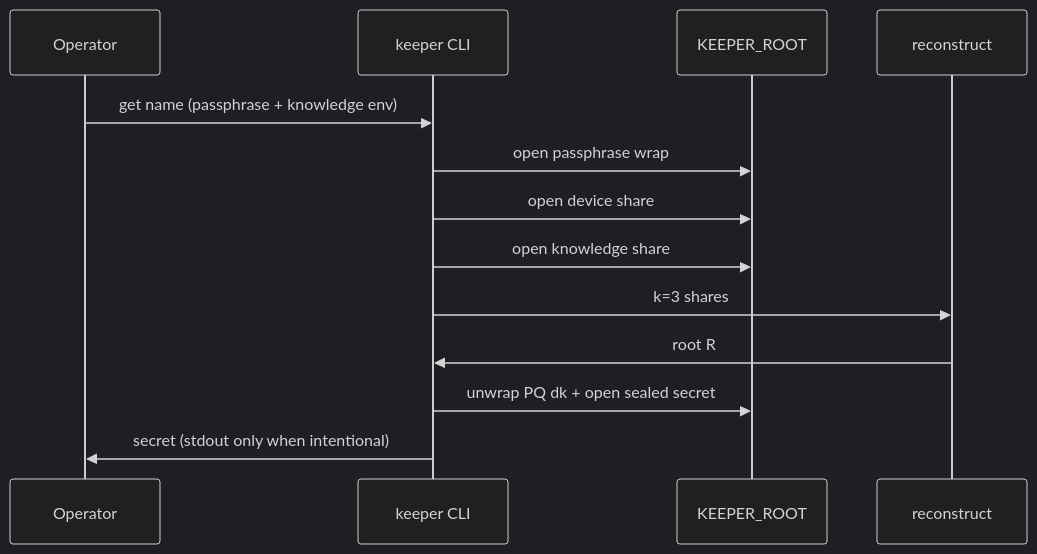
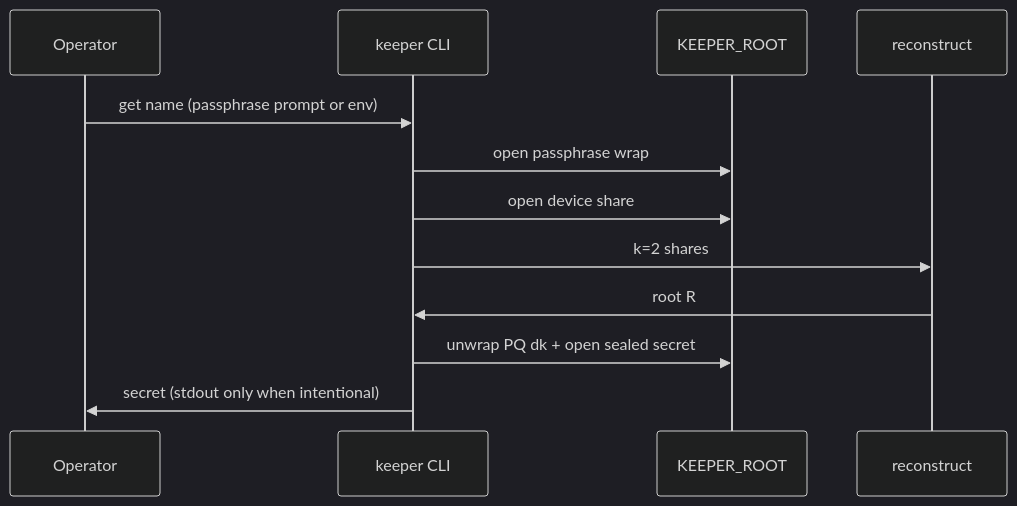
Before and after one commit to p10ns11y/arch-machine: the fourth of 7 diagrams in arch-design/keeper.md, drawn with Mermaid (dark theme). The commit also changed other lines of this file and 14 other files, not shown here.

````diff
--- a/arch-design/keeper.md
+++ b/arch-design/keeper.md
@@ -151,15 +150,14 @@
 ```mermaid
 sequenceDiagram
   participant Op as Operator
   participant CLI as keeper CLI
   participant Disk as KEEPER_ROOT
   participant Shamir as reconstruct
-  Op->>CLI: get name (passphrase + knowledge env)
+  Op->>CLI: get name (passphrase prompt or env)
   CLI->>Disk: open passphrase wrap
   CLI->>Disk: open device share
-  CLI->>Disk: open knowledge share
-  CLI->>Shamir: k=3 shares
+  CLI->>Shamir: k=2 shares
   Shamir->>CLI: root R
   CLI->>Disk: unwrap PQ dk + open sealed secret
   CLI->>Op: secret (stdout only when intentional)
 ```
````
